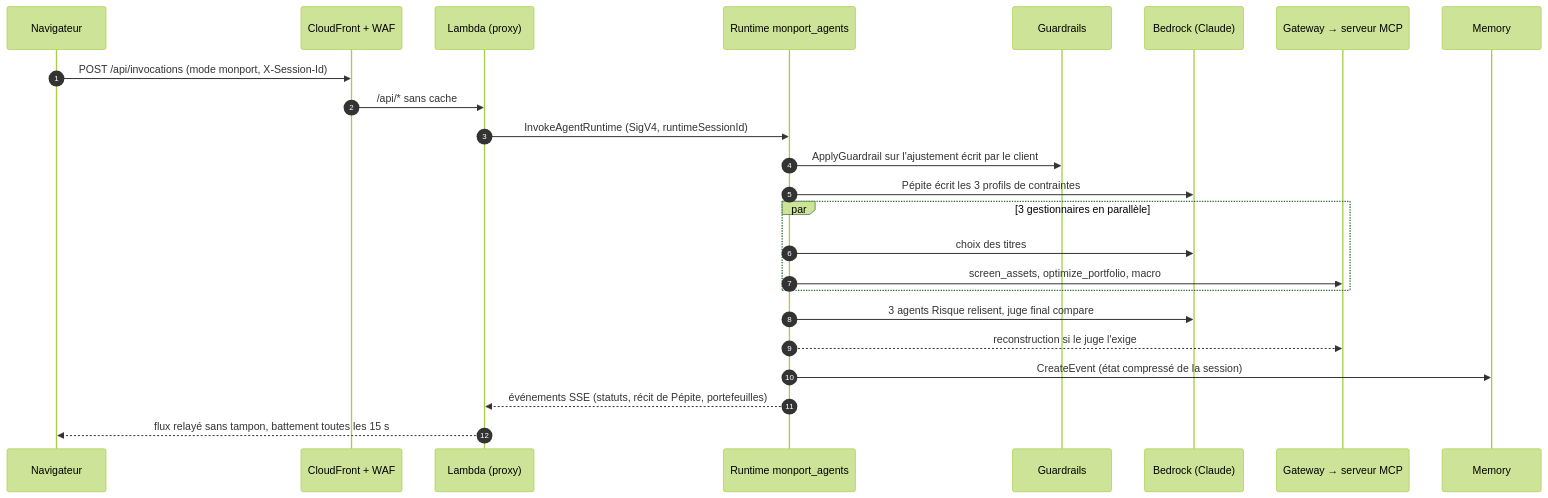
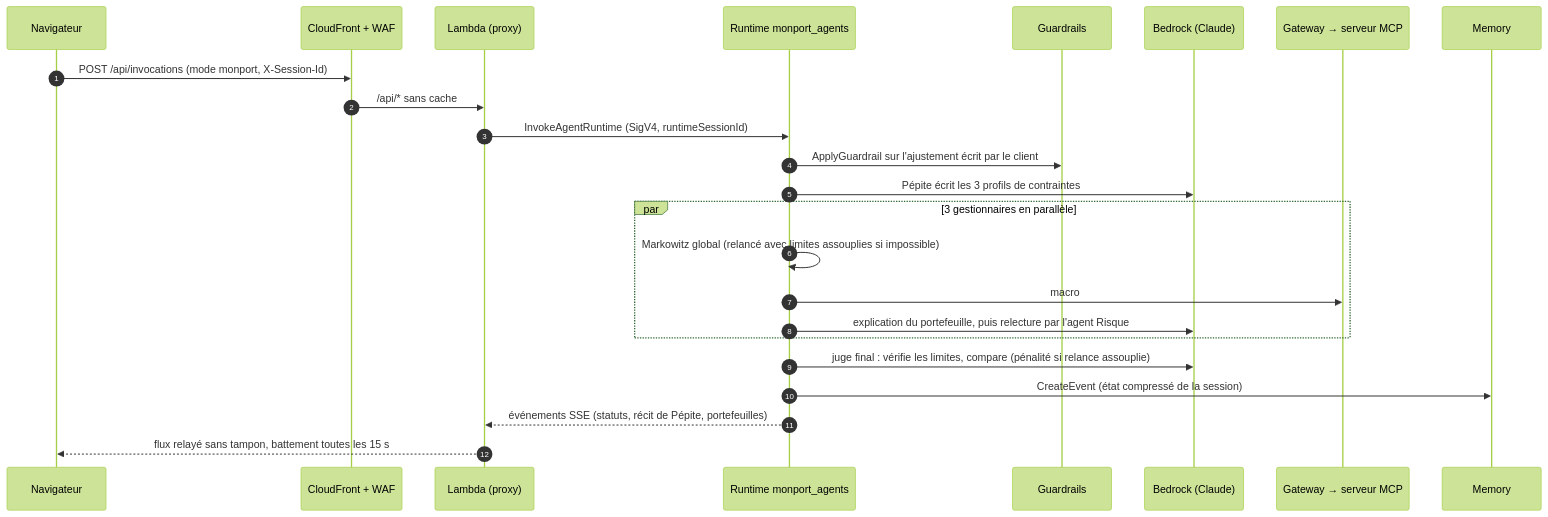
One commit to maximepierregit/Datathon_pf_2026 changed the diagram in docs/documentation-technique.md. Above: the diagram before and after it, drawn with Mermaid (forest theme). The commit also changed other lines of this file and 6 other files, not shown here.

````diff
--- a/docs/documentation-technique.md
+++ b/docs/documentation-technique.md
@@ -56,27 +56,27 @@
 ```mermaid
 sequenceDiagram
   autonumber
   participant N as Navigateur
   participant CF as CloudFront + WAF
   participant L as Lambda (proxy)
   participant R as Runtime monport_agents
   participant GR as Guardrails
   participant B as Bedrock (Claude)
   participant GW as Gateway → serveur MCP
   participant M as Memory
 
   N->>CF: POST /api/invocations (mode monport, X-Session-Id)
   CF->>L: /api/* sans cache
   L->>R: InvokeAgentRuntime (SigV4, runtimeSessionId)
   R->>GR: ApplyGuardrail sur l'ajustement écrit par le client
   R->>B: Pépite écrit les 3 profils de contraintes
   par 3 gestionnaires en parallèle
-    R->>B: choix des titres
-    R->>GW: screen_assets, optimize_portfolio, macro
+    R->>R: Markowitz global (relancé avec limites assouplies si impossible)
+    R->>GW: macro
+    R->>B: explication du portefeuille, puis relecture par l'agent Risque
   end
-  R->>B: 3 agents Risque relisent, juge final compare
-  R-->>GW: reconstruction si le juge l'exige
+  R->>B: juge final : vérifie les limites, compare (pénalité si relance assouplie)
   R->>M: CreateEvent (état compressé de la session)
   R-->>L: événements SSE (statuts, récit de Pépite, portefeuilles)
   L-->>N: flux relayé sans tampon, battement toutes les 15 s
 ```
````
